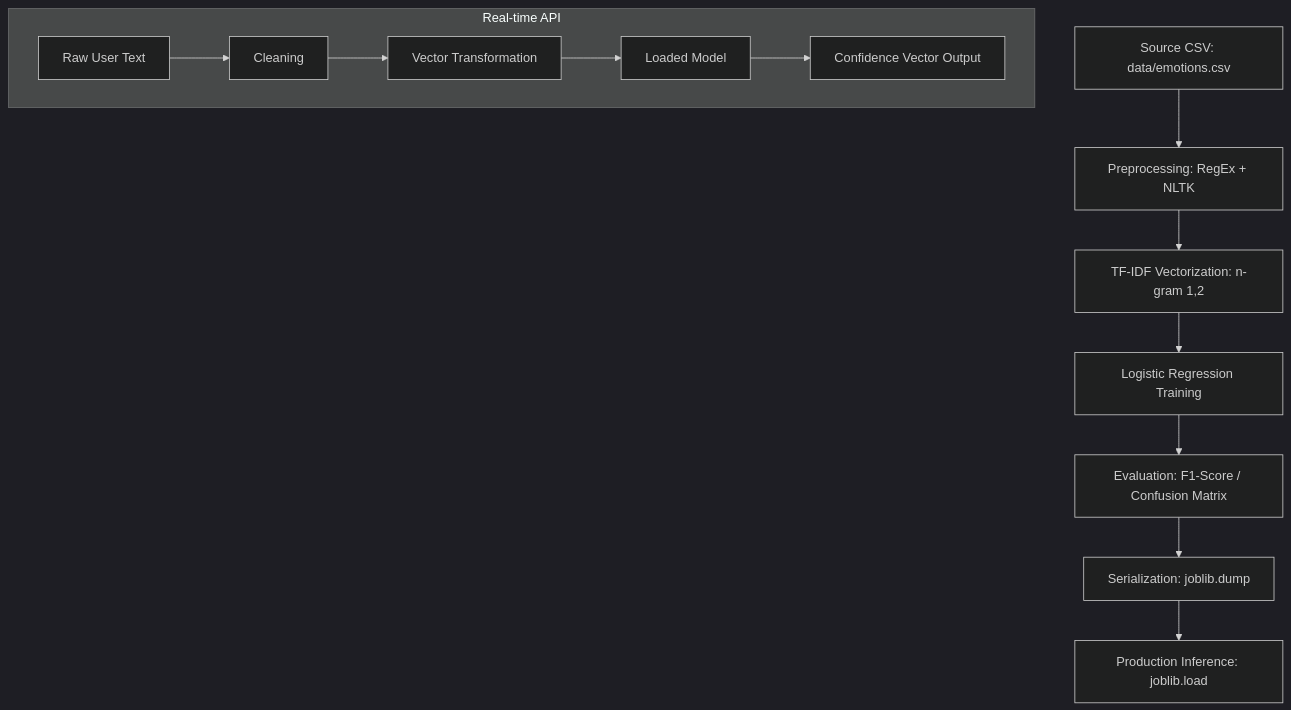
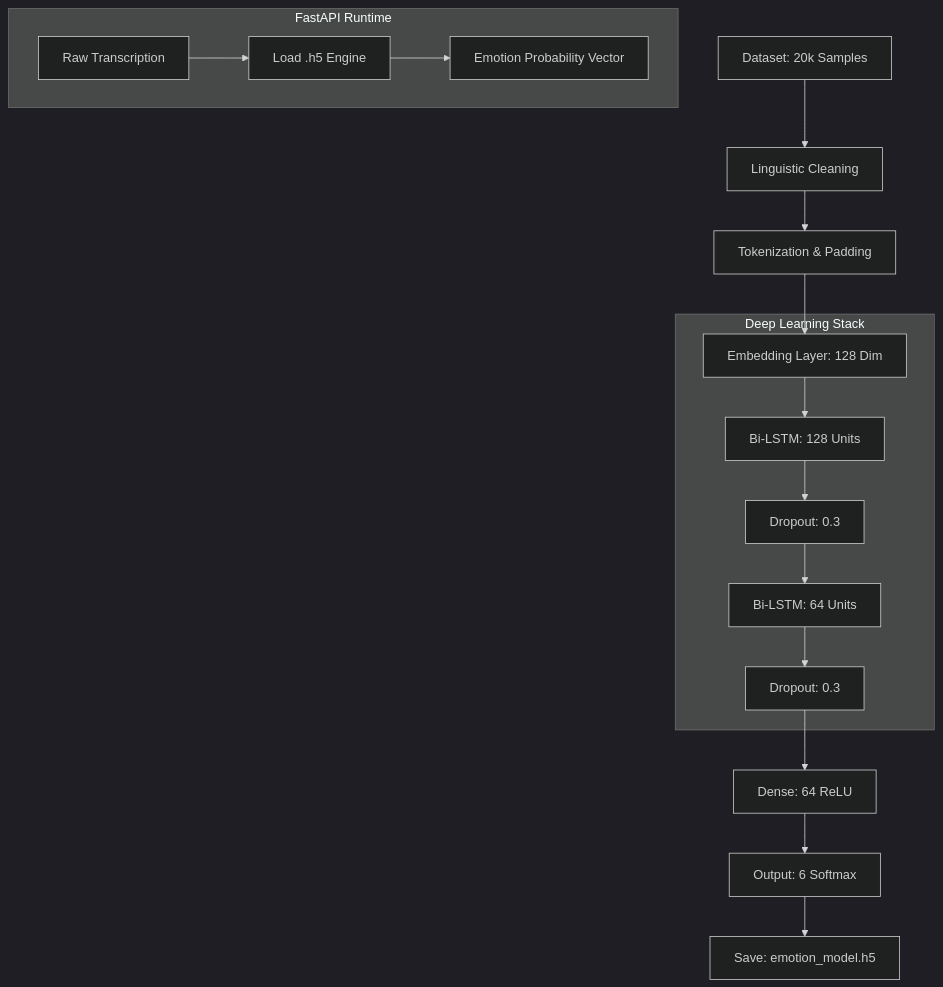
The diagram in docs/ml_pipeline.md (ARYANCY/nlp-voice-emotion-analyzer), drawn with Mermaid (dark theme) before and after one commit. The commit also changed other lines of this file and 5 other files, not shown here.

````diff
--- a/docs/ml_pipeline.md
+++ b/docs/ml_pipeline.md
@@ -7,16 +7,22 @@
 ```mermaid
-graph TD
-    Data[Source CSV: data/emotions.csv] --> Pre[Preprocessing: RegEx + NLTK]
-    Pre --> Vec[TF-IDF Vectorization: n-gram 1,2]
-    Vec --> Train[Logistic Regression Training]
-    Train --> Eval[Evaluation: F1-Score / Confusion Matrix]
-    Eval --> Save[Serialization: joblib.dump]
-    Save --> Prod[Production Inference: joblib.load]
+flowchart TD
+    Data[Dataset: 20k Samples] --> Pre[Linguistic Cleaning]
+    Pre --> Token[Tokenization & Padding]
+    Token --> Embed[Embedding Layer: 128 Dim]
     
-    subgraph Inference_Scope [Real-time API]
-        Input[Raw User Text] --> Clean[Cleaning]
-        Clean --> Vector[Vector Transformation]
-        Vector --> Model[Loaded Model]
-        Model --> Out[Confidence Vector Output]
+    subgraph Model_Architecture [Deep Learning Stack]
+        Embed --> LSTM1[Bi-LSTM: 128 Units]
+        LSTM1 --> Drop1[Dropout: 0.3]
+        Drop1 --> LSTM2[Bi-LSTM: 64 Units]
+        LSTM2 --> Drop2[Dropout: 0.3]
+    end
+
+    Drop2 --> Dense[Dense: 64 ReLU]
+    Dense --> Soft[Output: 6 Softmax]
+    Soft --> Save[Save: emotion_model.h5]
+    
+    subgraph Production_Inference [FastAPI Runtime]
+        Input[Raw Transcription] --> Model[Load .h5 Engine]
+        Model --> Vector[Emotion Probability Vector]
     end
 ```
````
